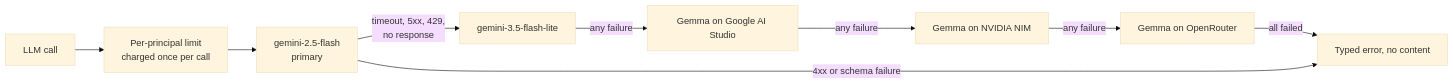
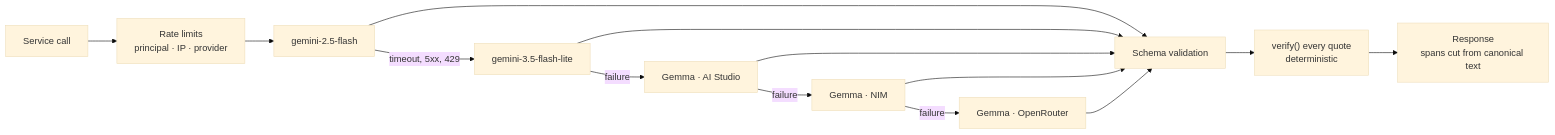
One commit to SawhneySatvik/sanad changed the diagram in README.md. Above: the diagram before and after it, drawn with Mermaid (base theme). The commit also changed other lines of this file and 8 other files, not shown here.

````diff
--- a/README.md
+++ b/README.md
@@ -93,11 +116,12 @@
 ```mermaid
 flowchart LR
-    Q["LLM call"] --> PL["Per-principal limit<br/>charged once per call"]
-    PL --> T1["gemini-2.5-flash<br/>primary"]
-    T1 -->|"timeout, 5xx, 429,<br/>no response"| T2["gemini-3.5-flash-lite"]
-    T2 -->|"any failure"| T3["Gemma on Google AI Studio"]
-    T3 -->|"any failure"| T4["Gemma on NVIDIA NIM"]
-    T4 -->|"any failure"| T5["Gemma on OpenRouter"]
-    T5 -->|"all failed"| E["Typed error, no content"]
-    T1 -->|"4xx or schema failure"| E
+    Q["Service call"] --> RL["Rate limits<br/>principal · IP · provider"]
+    RL --> T1["gemini-2.5-flash"]
+    T1 -->|"timeout, 5xx, 429"| T2["gemini-3.5-flash-lite"]
+    T2 -->|"failure"| T3["Gemma · AI Studio"]
+    T3 -->|"failure"| T4["Gemma · NIM"]
+    T4 -->|"failure"| T5["Gemma · OpenRouter"]
+    T1 & T2 & T3 & T4 & T5 --> S["Schema validation"]
+    S --> V["verify() every quote<br/>deterministic"]
+    V --> R["Response<br/>spans cut from canonical text"]
 ```
````
